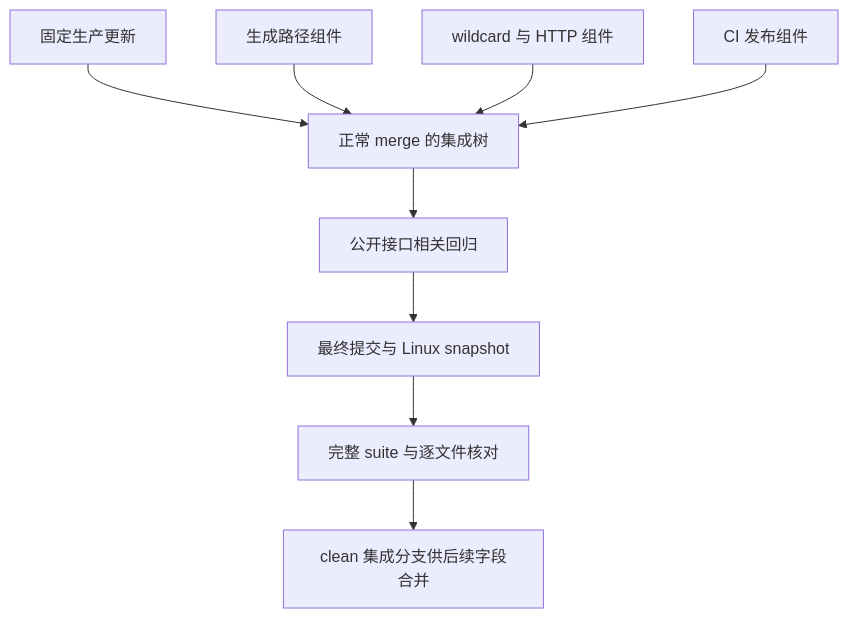
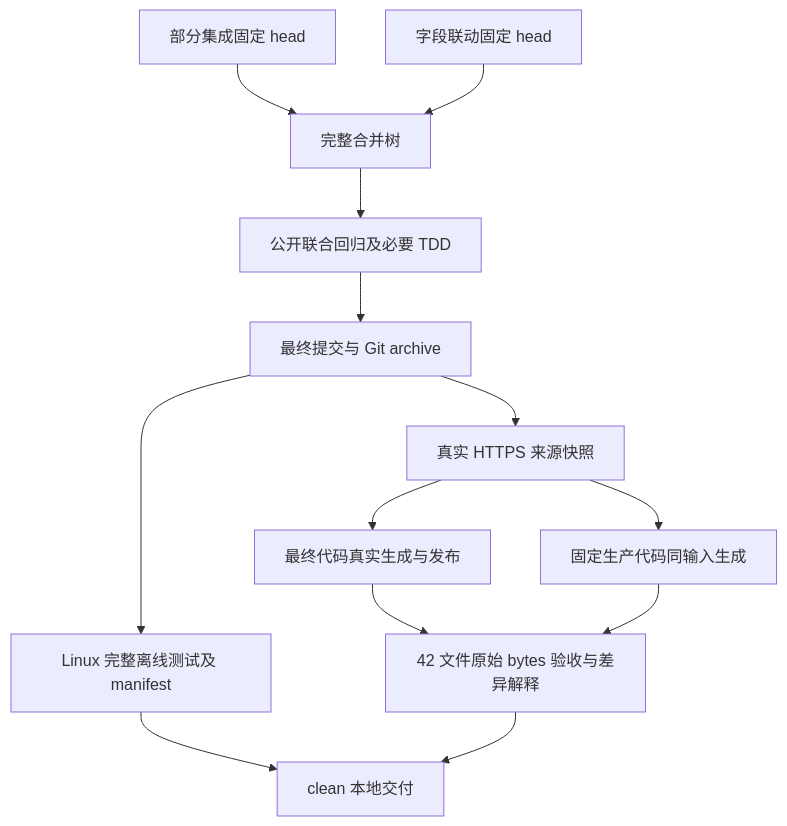
The diagram in docs/superpowers/plans/2026-10-22-functional-integration.md (DoingDog/rconvert), drawn with Mermaid before and after one commit. The commit also changed other lines of this file and 1 other file, not shown here.

````diff
--- a/docs/superpowers/plans/2026-10-22-functional-integration.md
+++ b/docs/superpowers/plans/2026-10-22-functional-integration.md
@@ -68,11 +46,15 @@
 ```mermaid
 flowchart TB
-    A[固定生产更新] --> E[正常 merge 的集成树]
-    B[生成路径组件] --> E
-    C[wildcard 与 HTTP 组件] --> E
-    D[CI 发布组件] --> E
-    E --> F[公开接口相关回归]
-    F --> G[最终提交与 Linux snapshot]
-    G --> H[完整 suite 与逐文件核对]
-    H --> I[clean 集成分支供后续字段合并]
+    A[部分集成固定 head] --> C[完整合并树]
+    B[字段联动固定 head] --> C
+    C --> D[公开联合回归及必要 TDD]
+    D --> E[最终提交与 Git archive]
+    E --> F[Linux 完整离线测试及 manifest]
+    E --> G[真实 HTTPS 来源快照]
+    G --> H[最终代码真实生成与发布]
+    G --> I[固定生产代码同输入生成]
+    H --> J[42 文件原始 bytes 验收与差异解释]
+    I --> J
+    F --> K[clean 本地交付]
+    J --> K
 ```
````
